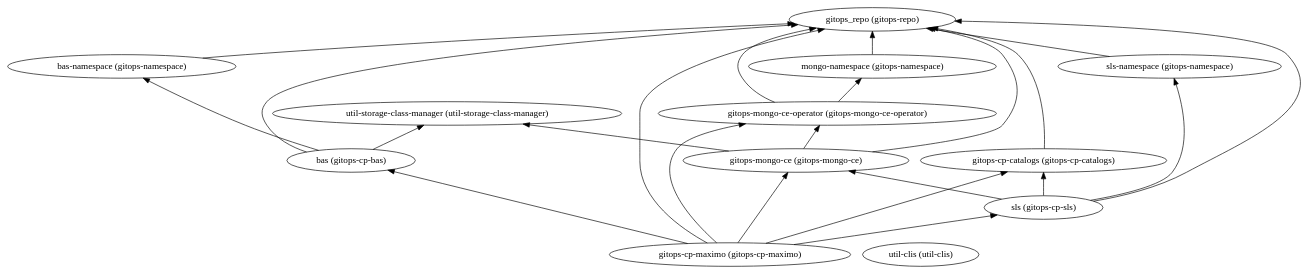
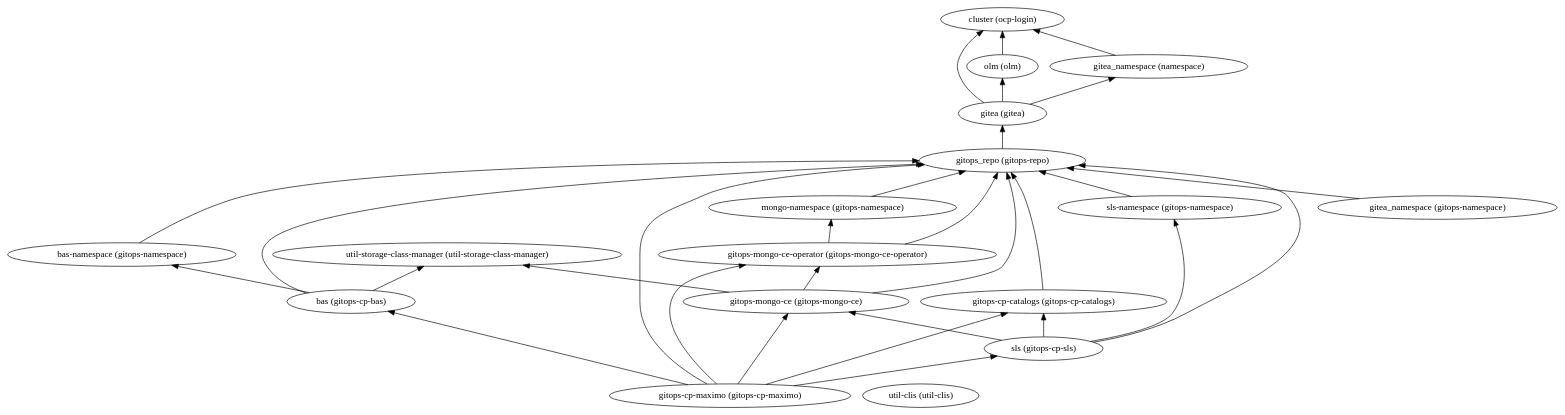
Before and after one commit to IBM/automation-maximo-app-suite: the diagram in 400-mas-core-multicloud/dependencies.dot, drawn with Graphviz. The commit also changed 36 other files, not shown here.

```diff
--- a/400-mas-core-multicloud/dependencies.dot
+++ b/400-mas-core-multicloud/dependencies.dot
@@ -1,37 +1,49 @@
 digraph {
     rankdir="BT"
-    "bas (gitops-cp-bas)" -> "gitops_repo (gitops-repo)"
+    "gitea (gitea)" -> "cluster (ocp-login)"
+"gitea (gitea)" -> "olm (olm)"
+"gitea (gitea)" -> "gitea_namespace (namespace)"
+"gitea (gitea)"
+"cluster (ocp-login)"
+"olm (olm)" -> "cluster (ocp-login)"
+"olm (olm)"
+"gitea_namespace (namespace)" -> "cluster (ocp-login)"
+"gitea_namespace (namespace)"
+"bas (gitops-cp-bas)" -> "gitops_repo (gitops-repo)"
 "bas (gitops-cp-bas)" -> "bas-namespace (gitops-namespace)"
 "bas (gitops-cp-bas)" -> "util-storage-class-manager (util-storage-class-manager)"
 "bas (gitops-cp-bas)"
+"gitops_repo (gitops-repo)" -> "gitea (gitea)"
 "gitops_repo (gitops-repo)"
 "bas-namespace (gitops-namespace)" -> "gitops_repo (gitops-repo)"
 "bas-namespace (gitops-namespace)"
 "util-storage-class-manager (util-storage-class-manager)"
 "gitops-cp-catalogs (gitops-cp-catalogs)" -> "gitops_repo (gitops-repo)"
 "gitops-cp-catalogs (gitops-cp-catalogs)"
 "gitops-cp-maximo (gitops-cp-maximo)" -> "gitops_repo (gitops-repo)"
 "gitops-cp-maximo (gitops-cp-maximo)" -> "gitops-cp-catalogs (gitops-cp-catalogs)"
 "gitops-cp-maximo (gitops-cp-maximo)" -> "gitops-mongo-ce-operator (gitops-mongo-ce-operator)"
 "gitops-cp-maximo (gitops-cp-maximo)" -> "gitops-mongo-ce (gitops-mongo-ce)"
 "gitops-cp-maximo (gitops-cp-maximo)" -> "sls (gitops-cp-sls)"
 "gitops-cp-maximo (gitops-cp-maximo)" -> "bas (gitops-cp-bas)"
 "gitops-cp-maximo (gitops-cp-maximo)"
 "gitops-mongo-ce-operator (gitops-mongo-ce-operator)" -> "gitops_repo (gitops-repo)"
 "gitops-mongo-ce-operator (gitops-mongo-ce-operator)" -> "mongo-namespace (gitops-namespace)"
 "gitops-mongo-ce-operator (gitops-mongo-ce-operator)"
 "mongo-namespace (gitops-namespace)" -> "gitops_repo (gitops-repo)"
 "mongo-namespace (gitops-namespace)"
 "gitops-mongo-ce (gitops-mongo-ce)" -> "gitops_repo (gitops-repo)"
 "gitops-mongo-ce (gitops-mongo-ce)" -> "gitops-mongo-ce-operator (gitops-mongo-ce-operator)"
 "gitops-mongo-ce (gitops-mongo-ce)" -> "util-storage-class-manager (util-storage-class-manager)"
 "gitops-mongo-ce (gitops-mongo-ce)"
 "sls (gitops-cp-sls)" -> "gitops_repo (gitops-repo)"
 "sls (gitops-cp-sls)" -> "gitops-cp-catalogs (gitops-cp-catalogs)"
 "sls (gitops-cp-sls)" -> "sls-namespace (gitops-namespace)"
 "sls (gitops-cp-sls)" -> "gitops-mongo-ce (gitops-mongo-ce)"
 "sls (gitops-cp-sls)"
 "sls-namespace (gitops-namespace)" -> "gitops_repo (gitops-repo)"
 "sls-namespace (gitops-namespace)"
+"gitea_namespace (gitops-namespace)" -> "gitops_repo (gitops-repo)"
+"gitea_namespace (gitops-namespace)"
 "util-clis (util-clis)"
   }
```
